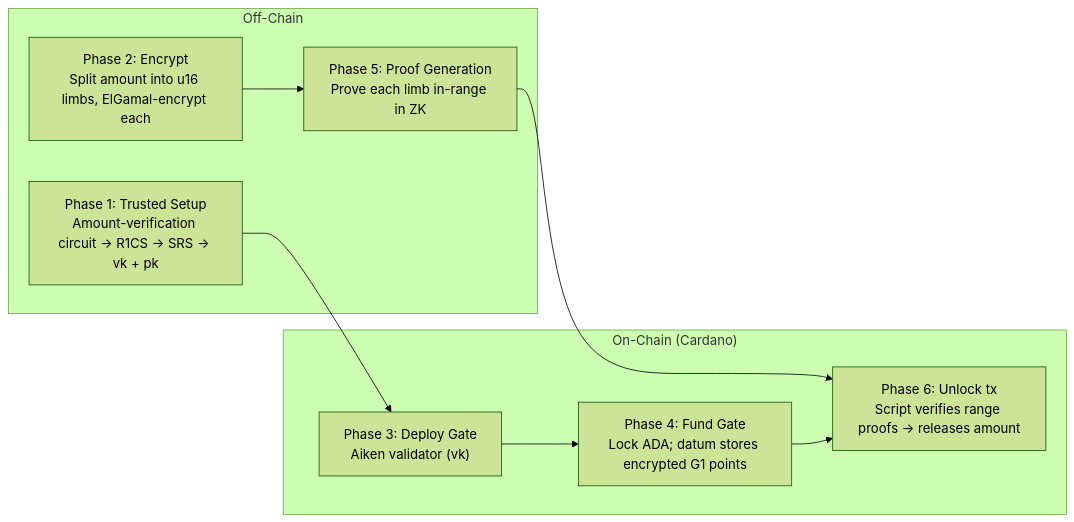
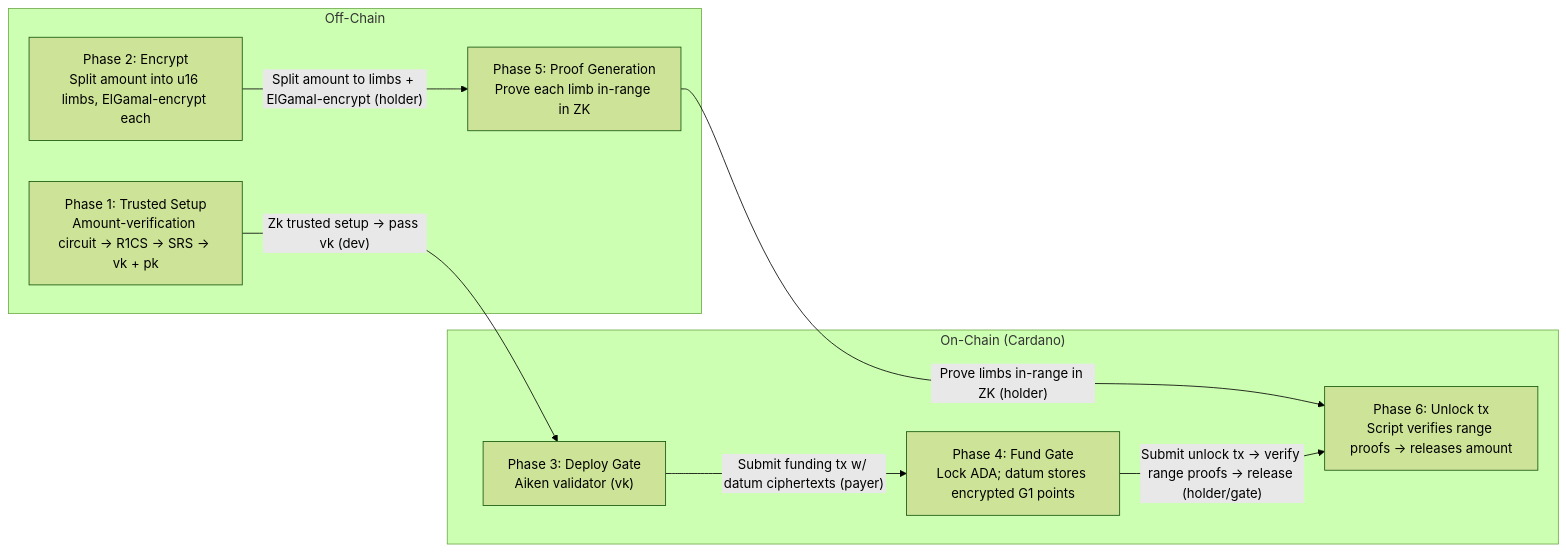
One commit to cardano-foundation/bls changed the second of 4 diagrams in aiken/selective-disclosure/README.md. Above: the diagram before and after it, drawn with Mermaid (forest theme). The commit also changed other lines of this file, not shown here.

Commit message:
Annotate mermaid transitions with reason, actor, ZK activity, and tx submission

````diff
--- a/aiken/selective-disclosure/README.md
+++ b/aiken/selective-disclosure/README.md
@@ -423,18 +423,18 @@
 ```mermaid
 graph LR
     subgraph OffChain["Off-Chain"]
         E1["Phase 1: Trusted Setup<br/>Amount-verification circuit → R1CS → SRS → vk + pk"]
         E2["Phase 2: Encrypt<br/>Split amount into u16 limbs, ElGamal-encrypt each"]
         E5["Phase 5: Proof Generation<br/>Prove each limb in-range in ZK"]
     end
     subgraph OnChain["On-Chain (Cardano)"]
         E3["Phase 3: Deploy Gate<br/>Aiken validator (vk)"]
         E4["Phase 4: Fund Gate<br/>Lock ADA; datum stores encrypted G1 points"]
         E6["Phase 6: Unlock tx<br/>Script verifies range proofs → releases amount"]
     end
-    E1 --> E3
-    E2 --> E5
-    E3 --> E4
-    E5 --> E6
-    E4 --> E6
+    E1 -->|"Zk trusted setup → pass vk (dev)"| E3
+    E2 -->|"Split amount to limbs + ElGamal-encrypt (holder)"| E5
+    E3 -->|"Submit funding tx w/ datum ciphertexts (payer)"| E4
+    E5 -->|"Prove limbs in-range in ZK (holder)"| E6
+    E4 -->|"Submit unlock tx → verify range proofs → release (holder/gate)"| E6
 ```
````
